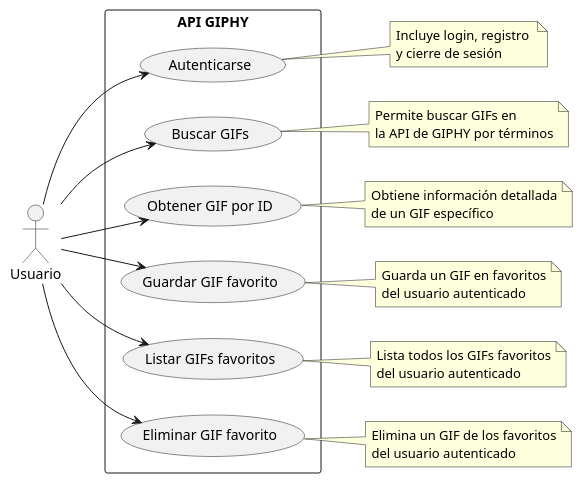
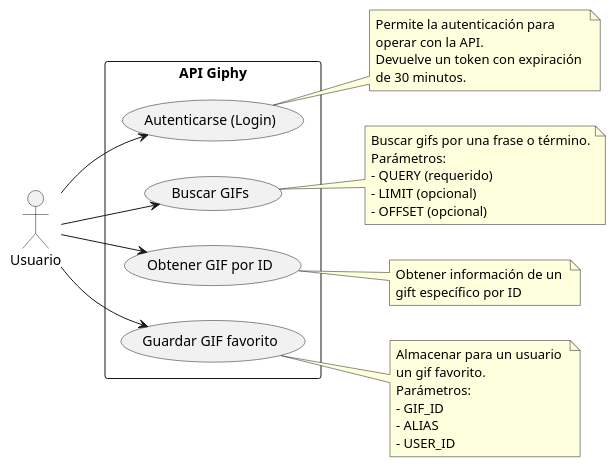
One commit to AndyCHK/giphy-api-app changed the diagram in docs/diagrams/caso_de_uso.puml. Above: the diagram before and after it, drawn with PlantUML. The commit also changed 9 other files, not shown here.

Commit message:
docs: Agregados diagramas UML corregidos y colección de Postman completa

```diff
--- a/docs/diagrams/caso_de_uso.puml
+++ b/docs/diagrams/caso_de_uso.puml
@@ -1,53 +1,48 @@
 @startuml
 left to right direction
 skinparam packageStyle rectangle
 
 actor "Usuario" as user
 
-rectangle "API GIPHY" {
-  usecase "Autenticarse" as UC1
+rectangle "API Giphy" {
+  usecase "Autenticarse (Login)" as UC1
   usecase "Buscar GIFs" as UC2
   usecase "Obtener GIF por ID" as UC3
   usecase "Guardar GIF favorito" as UC4
-  usecase "Listar GIFs favoritos" as UC5
-  usecase "Eliminar GIF favorito" as UC6
 }
 
 user --> UC1
 user --> UC2
 user --> UC3
 user --> UC4
-user --> UC5
-user --> UC6
 
 note right of UC1
-  Incluye login, registro 
-  y cierre de sesión
+  Permite la autenticación para 
+  operar con la API.
+  Devuelve un token con expiración 
+  de 30 minutos.
 end note
 
 note right of UC2
-  Permite buscar GIFs en 
-  la API de GIPHY por términos
+  Buscar gifs por una frase o término.
+  Parámetros:
+  - QUERY (requerido)
+  - LIMIT (opcional)
+  - OFFSET (opcional)
 end note
 
 note right of UC3
-  Obtiene información detallada
-  de un GIF específico
+  Obtener información de un 
+  gift específico por ID
 end note
 
 note right of UC4
-  Guarda un GIF en favoritos
-  del usuario autenticado
-end note
-
-note right of UC5
-  Lista todos los GIFs favoritos
-  del usuario autenticado
-end note
-
-note right of UC6
-  Elimina un GIF de los favoritos
-  del usuario autenticado
+  Almacenar para un usuario 
+  un gif favorito.
+  Parámetros:
+  - GIF_ID
+  - ALIAS
+  - USER_ID
 end note
 
 @enduml 
```
